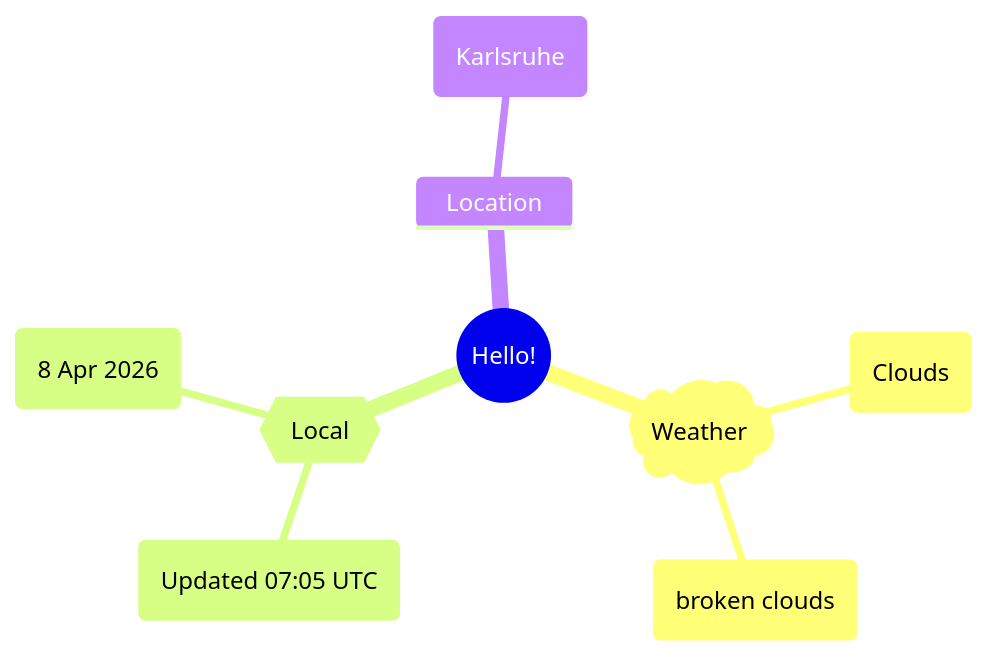
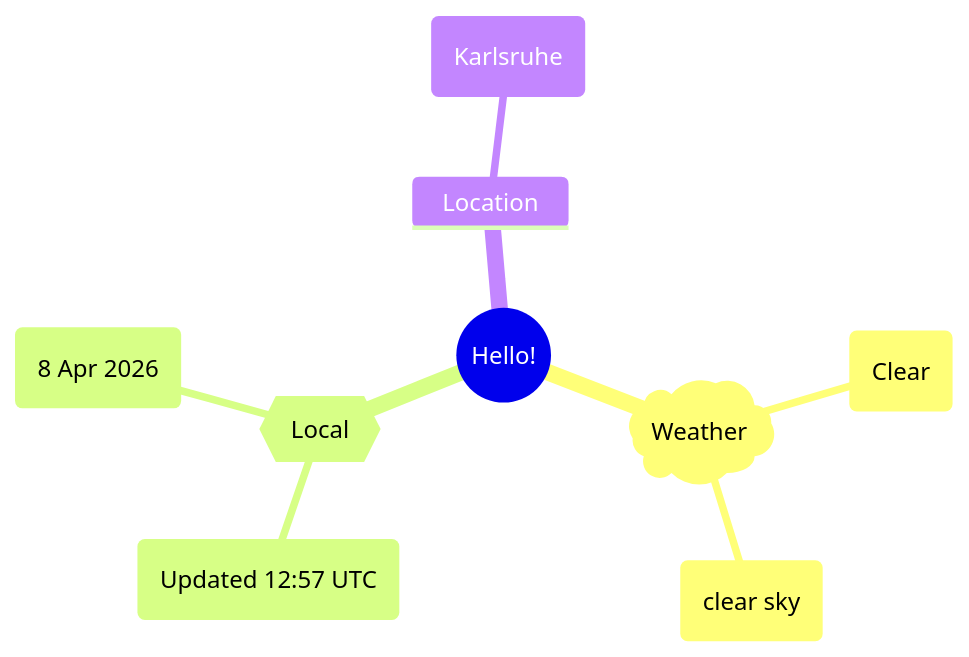
One commit to Xosrov/Xosrov changed the first of 2 diagrams in README.md. Above: the diagram before and after it, drawn with Mermaid.

Commit message:
[bot] updated images

````diff
--- a/README.md
+++ b/README.md
@@ -3,12 +3,12 @@
 ```mermaid
 mindmap
   root((Hello!))
     )Weather(
-        (Clouds)
-        (broken clouds)
+        (Clear)
+        (clear sky)
     {{Local}}
-        (Updated 07:05 UTC)
+        (Updated 12:57 UTC)
         (8 Apr 2026)
     Location
         (Karlsruhe)
 ```
````
